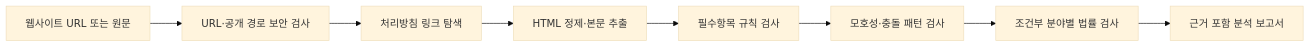
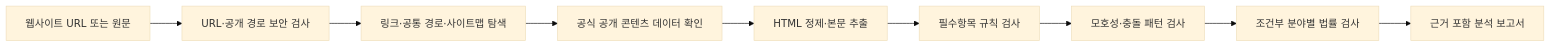
One commit to GGBoo0/law-lens-privacy-auditor changed the diagram in README.md. Above: the diagram before and after it, drawn with Mermaid (base theme). The commit also changed other lines of this file and 4 other files, not shown here.

````diff
--- a/README.md
+++ b/README.md
@@ -41,10 +42,11 @@
 ```mermaid
 flowchart LR
     A["웹사이트 URL 또는 원문"] --> B["URL·공개 경로 보안 검사"]
-    B --> C["처리방침 링크 탐색"]
-    C --> D["HTML 정제·본문 추출"]
+    B --> C["링크·공통 경로·사이트맵 탐색"]
+    C --> C2["공식 공개 콘텐츠 데이터 확인"]
+    C2 --> D["HTML 정제·본문 추출"]
     D --> E["필수항목 규칙 검사"]
     E --> F["모호성·충돌 패턴 검사"]
     F --> G["조건부 분야별 법률 검사"]
     G --> H["근거 포함 분석 보고서"]
 ```
````
